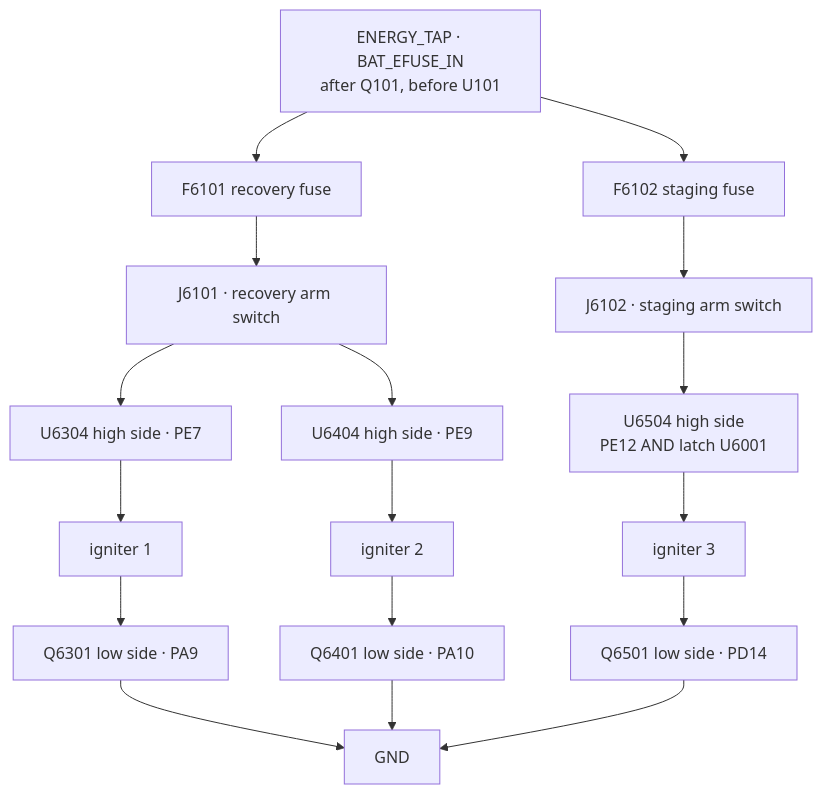
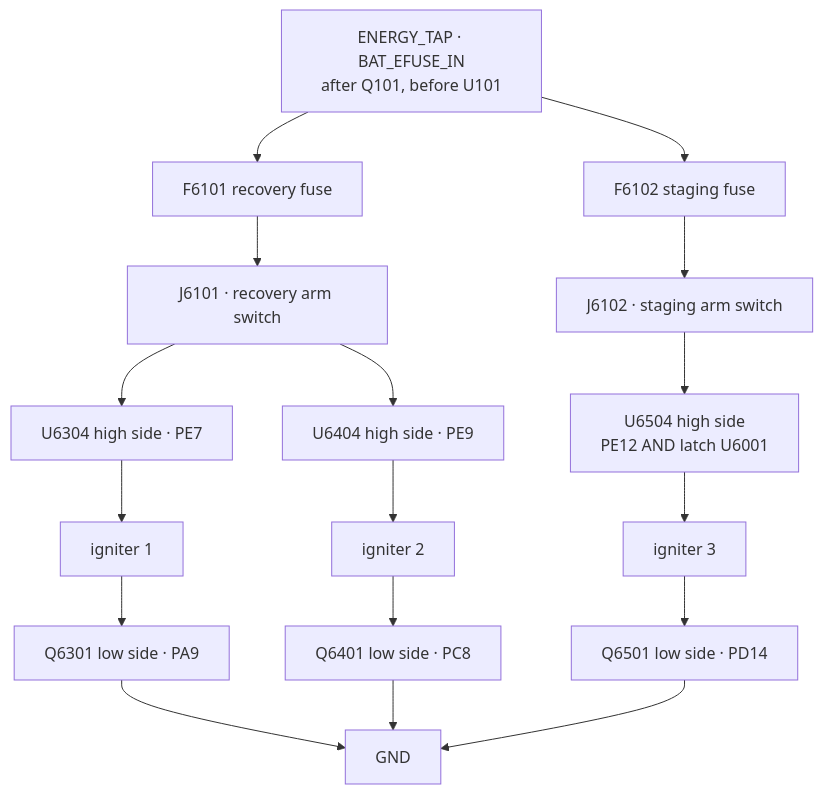
The first of 2 diagrams in docs/architecture/03-energetic-outputs.md (ULAS-HiPR/Ogma2), drawn with Mermaid before and after one commit. The commit also changed other lines of this file and 21 other files, not shown here.

First line of the commit message:
Record the 18-19 Nov architecture sign-off and its decisions

````diff
--- a/docs/architecture/03-energetic-outputs.md
+++ b/docs/architecture/03-energetic-outputs.md
@@ -14,18 +14,18 @@
 ```mermaid
 flowchart TB
   TAP["ENERGY_TAP · BAT_EFUSE_IN
 after Q101, before U101"] --> F1["F6101 recovery fuse"]
   TAP --> F2["F6102 staging fuse"]
   F1 --> J1["J6101 · recovery arm switch"]
   F2 --> J2["J6102 · staging arm switch"]
   J1 --> H1["U6304 high side · PE7"]
   J1 --> H2["U6404 high side · PE9"]
   J2 --> H3["U6504 high side
 PE12 AND latch U6001"]
   H1 --> I1["igniter 1"] --> L1["Q6301 low side · PA9"]
-  H2 --> I2["igniter 2"] --> L2["Q6401 low side · PA10"]
+  H2 --> I2["igniter 2"] --> L2["Q6401 low side · PC8"]
   H3 --> I3["igniter 3"] --> L3["Q6501 low side · PD14"]
   L1 --> G["GND"]
   L2 --> G
   L3 --> G
 ```
````
